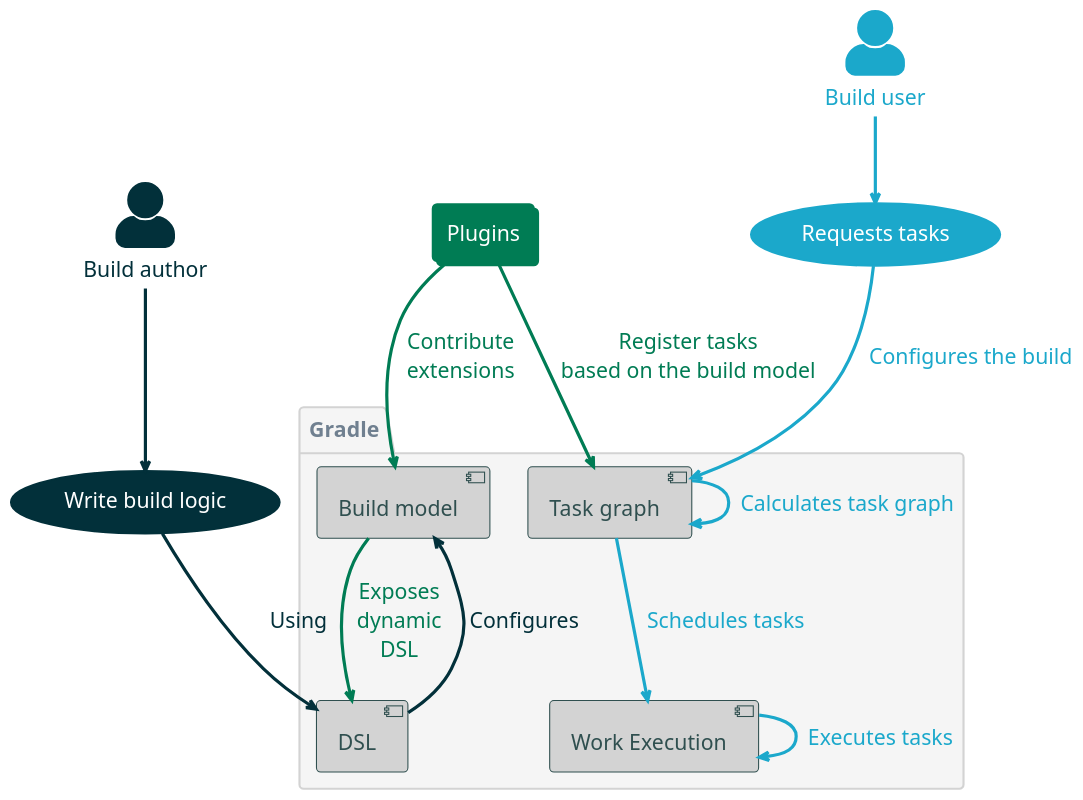
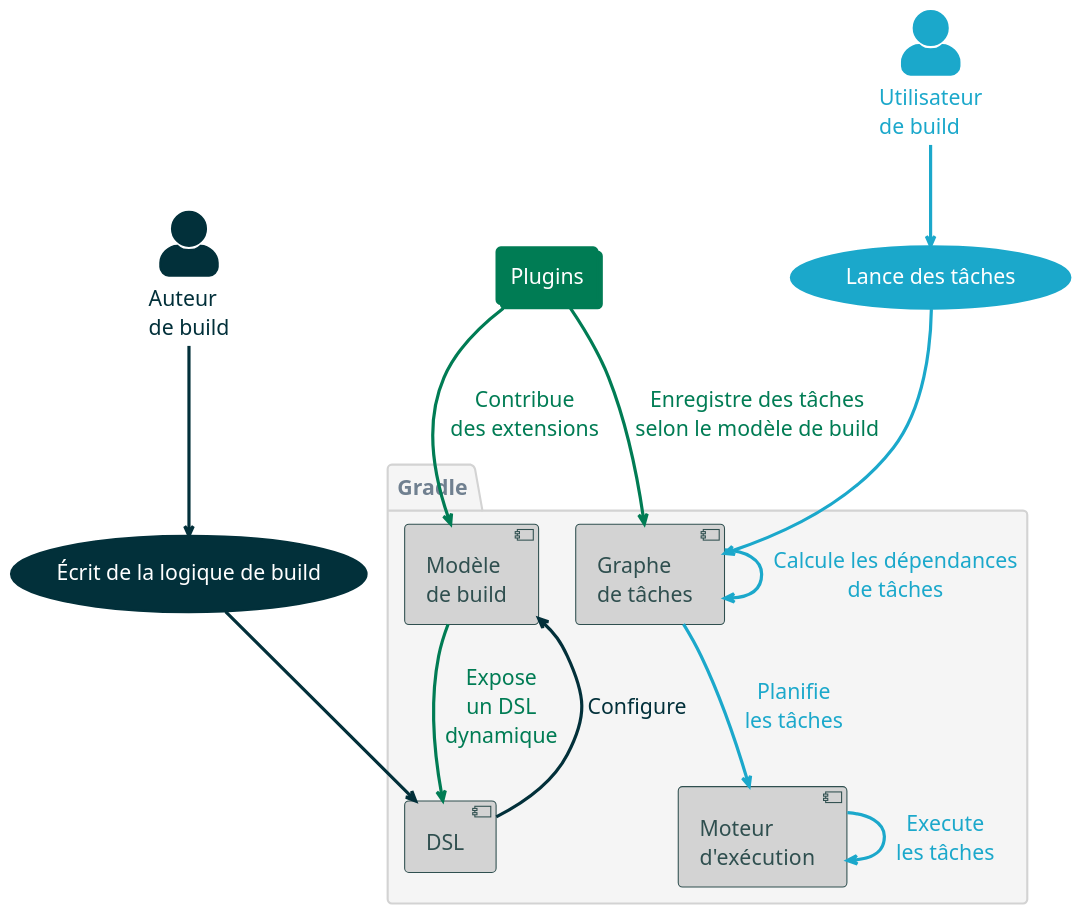
Before and after one commit to ljacomet/gradle-build-love: the diagram in slides/src/docs/asciidoc/fragments/_diagram_how-it-works.adoc, drawn with PlantUML. The commit also changed 5 other files, not shown here.

```diff
--- a/slides/src/docs/asciidoc/fragments/_diagram_how-it-works.adoc
+++ b/slides/src/docs/asciidoc/fragments/_diagram_how-it-works.adoc
@@ -1,43 +1,43 @@
-[plantuml,width=80%]
+[plantuml,width=75%]
 ....
 @startuml
 
 !theme spacelab
 
 skinparam actorStyle awesome
 skinparam shadowing false
 skinparam defaultFontSize 20
 skinparam defaultFontName Helvetica
 skinparam roundcorner 8
 
-actor "Build author" as A #02303a;line:02303a;line.bold;text:02303a
-actor "Build user" as U #1ba8cb;line:1ba8cb;line.bold;text:1ba8cb
+actor "Auteur\nde build" as A #02303a;line:02303a;line.bold;text:02303a
+actor "Utilisateur\nde build" as U #1ba8cb;line:1ba8cb;line.bold;text:1ba8cb
 
 collections Plugins as P #007c54;line:007c54;line.bold;text:white
 
 package "<color:slategray>Gradle</color>" #whitesmoke;line:lightgray;line.bold {
   component DSL as D #lightgray;line:darkslategray;text:darkslategray
-  component "Build model" as M #lightgray;line:darkslategray;text:darkslategray
-  component "Task graph" as T #lightgray;line:darkslategray;text:darkslategray
-  component "Work Execution" as W #lightgray;line:darkslategray;text:darkslategray
+  component "Modèle\nde build" as M #lightgray;line:darkslategray;text:darkslategray
+  component "Graphe\nde tâches" as T #lightgray;line:darkslategray;text:darkslategray
+  component "Moteur\nd'exécution" as W #lightgray;line:darkslategray;text:darkslategray
 }
 
-(<color:#white>Write build logic</color>) as U_CFG #02303a;line:02303a;line.bold
-(<color:#white>Requests tasks</color>) as U_RT #1ba8cb;line:1ba8cb;line.bold
+(<color:#white>Écrit de la logique de build</color>) as U_CFG #02303a;line:02303a;line.bold
+(<color:#white>Lance des tâches</color>) as U_RT #1ba8cb;line:1ba8cb;line.bold
 
-P --> T #line:007c54;text:007c54 : Register tasks\nbased on the build model
-P --> M #line:007c54;text:007c54 : Contribute\nextensions
-M -> D #line:007c54;text:007c54 : Exposes\ndynamic\nDSL
+P --> T #line:007c54;text:007c54 : Enregistre des tâches\nselon le modèle de build
+P --> M #line:007c54;text:007c54 : Contribue\ndes extensions
+M -> D #line:007c54;text:007c54 : Expose\nun DSL\ndynamique
 
 A --> U_CFG #line:02303a;text:02303a
-U_CFG --> D #line:02303a;text:02303a : Using
-D --> M #line:02303a;text:02303a : Configures
+U_CFG --> D #line:02303a;text:02303a
+D --> M #line:02303a;text:02303a : Configure
 
 U --> U_RT #line:1ba8cb;text:1ba8cb
-U_RT --> T #line:1ba8cb;text:1ba8cb : Configures the build
-T --> T #line:1ba8cb;text:1ba8cb : Calculates task graph
-T --> W #line:1ba8cb;text:1ba8cb : Schedules tasks
-W --> W #line:1ba8cb;text:1ba8cb : Executes tasks
+U_RT --> T #line:1ba8cb;text:1ba8cb
+T --> T #line:1ba8cb;text:1ba8cb : Calcule les dépendances\nde tâches
+T --> W #line:1ba8cb;text:1ba8cb : Planifie\nles tâches
+W --> W #line:1ba8cb;text:1ba8cb : Execute\nles tâches
 
 @enduml
 ....
```
